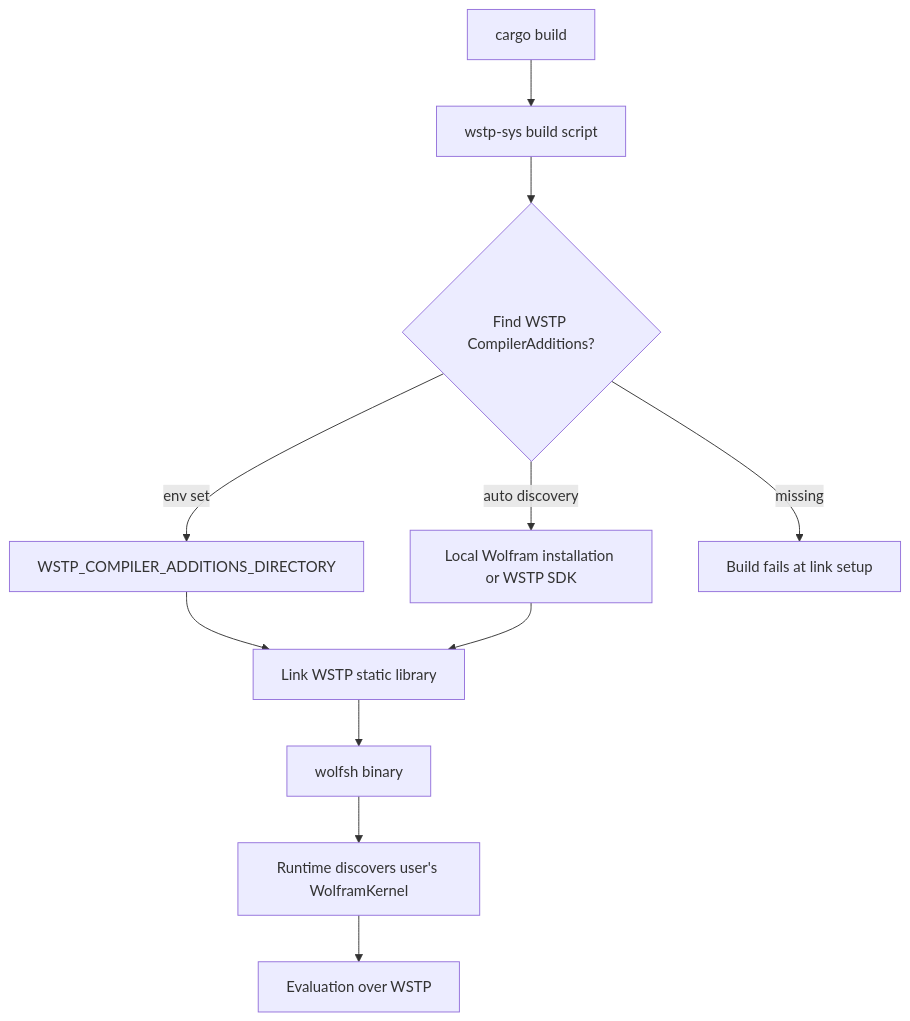
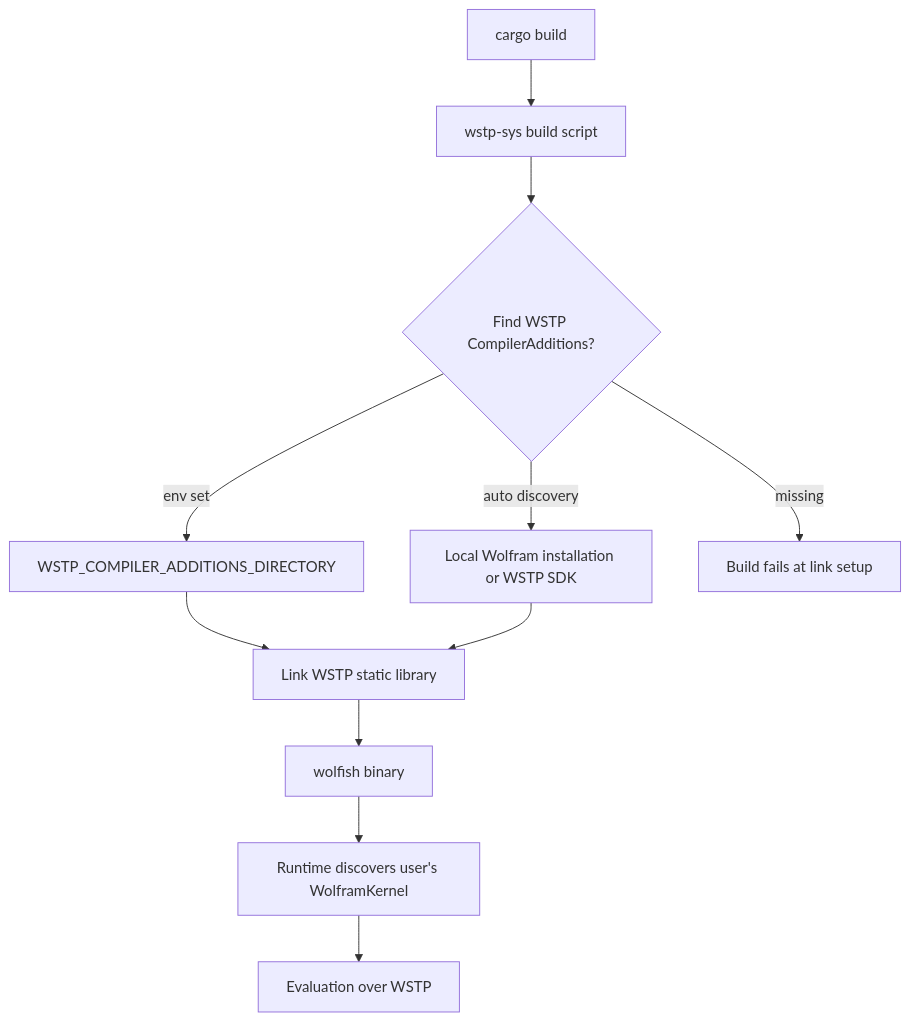
One commit to ToneAr/wolfram-cli changed diagram 13 of 15 in docs/Architecture.md. Above: the diagram before and after it, drawn with Mermaid. The commit also changed other lines of this file and 22 other files, not shown here.

````diff
--- a/docs/Architecture.md
+++ b/docs/Architecture.md
@@ -403,13 +403,13 @@
 ```mermaid
 flowchart TD
     CargoBuild[cargo build] --> WstpSys[wstp-sys build script]
     WstpSys --> Discover{Find WSTP CompilerAdditions?}
     Discover -->|env set| EnvDir[WSTP_COMPILER_ADDITIONS_DIRECTORY]
     Discover -->|auto discovery| LocalInstall[Local Wolfram installation or WSTP SDK]
     Discover -->|missing| BuildError[Build fails at link setup]
     EnvDir --> Link[Link WSTP static library]
     LocalInstall --> Link
-    Link --> Binary[wolfsh binary]
+    Link --> Binary[wolfish binary]
     Binary --> Runtime[Runtime discovers user's WolframKernel]
     Runtime --> Eval[Evaluation over WSTP]
 ```
````
